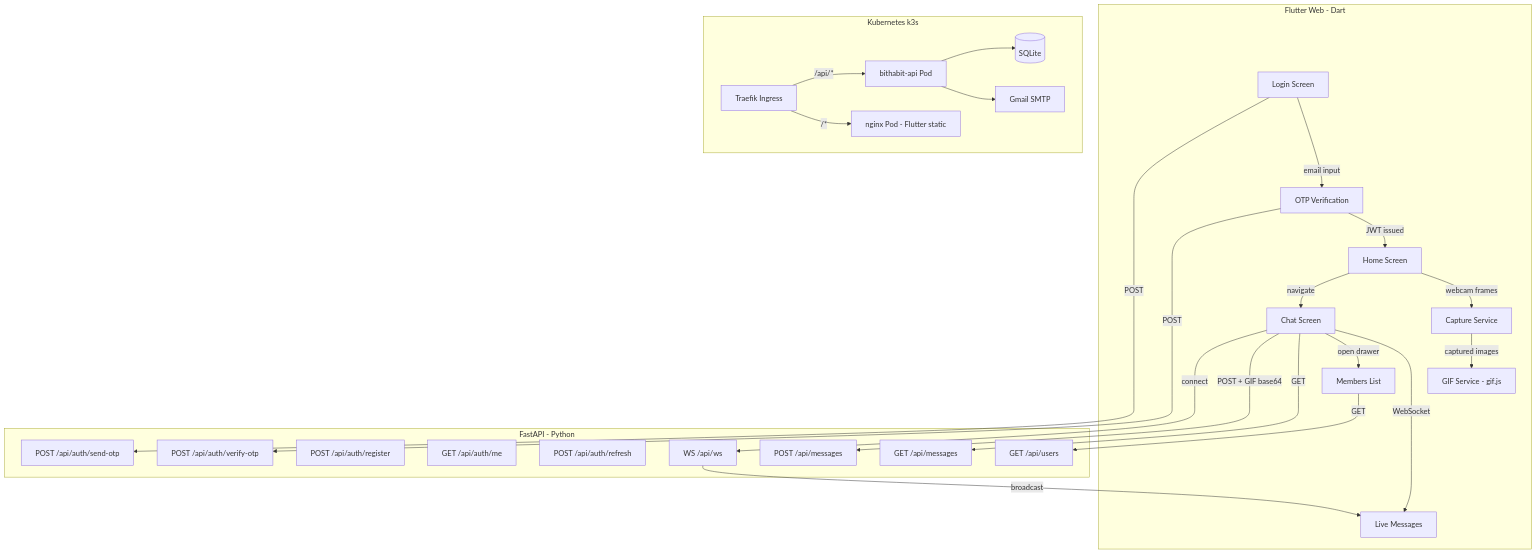
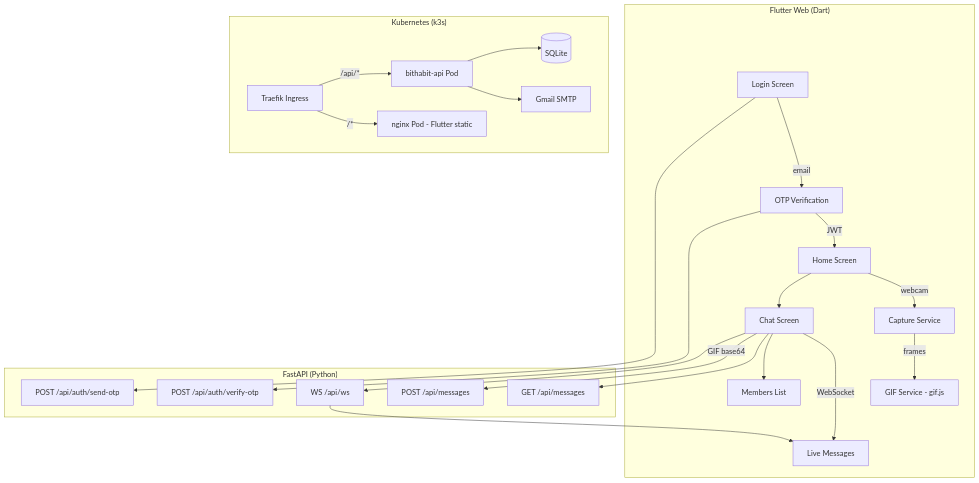
One commit to bookseal/bithabit changed the second of 4 diagrams in README.md. Above: the diagram before and after it, drawn with Mermaid. The commit also changed other lines of this file, not shown here.

````diff
--- a/README.md
+++ b/README.md
@@ -59,39 +67,34 @@
 ```mermaid
 graph TB
-    subgraph Client [Flutter Web - Dart]
-        A[Login Screen] -->|email input| B[OTP Verification]
-        B -->|JWT issued| C[Home Screen]
-        C -->|webcam frames| D[Capture Service]
-        D -->|captured images| E[GIF Service - gif.js]
-        C -->|navigate| F[Chat Screen]
+    subgraph Client ["Flutter Web (Dart)"]
+        A[Login Screen] -->|email| B[OTP Verification]
+        B -->|JWT| C[Home Screen]
+        C -->|webcam| D[Capture Service]
+        D -->|frames| E[GIF Service - gif.js]
+        C --> F[Chat Screen]
         F -->|WebSocket| G[Live Messages]
-        F -->|open drawer| H[Members List]
+        F --> H[Members List]
     end
 
-    subgraph Server [FastAPI - Python]
+    subgraph Server ["FastAPI (Python)"]
         I[POST /api/auth/send-otp]
         J[POST /api/auth/verify-otp]
-        K[POST /api/auth/register]
-        L[GET /api/auth/me]
-        M[POST /api/auth/refresh]
         N[GET /api/messages]
         O[POST /api/messages]
-        P[GET /api/users]
         Q[WS /api/ws]
     end
 
-    subgraph Infra [Kubernetes k3s]
+    subgraph Infra ["Kubernetes (k3s)"]
         R[Traefik Ingress] -->|/api/*| S[bithabit-api Pod]
         R -->|/*| T[nginx Pod - Flutter static]
         S --> U[(SQLite)]
         S --> V[Gmail SMTP]
     end
 
-    A -->|POST| I
-    B -->|POST| J
-    F -->|GET| N
-    F -->|POST + GIF base64| O
-    F -->|connect| Q
-    Q -->|broadcast| G
-    H -->|GET| P
+    A --> I
+    B --> J
+    F --> N
+    F -->|GIF base64| O
+    F --> Q
+    Q --> G
 ```
````
